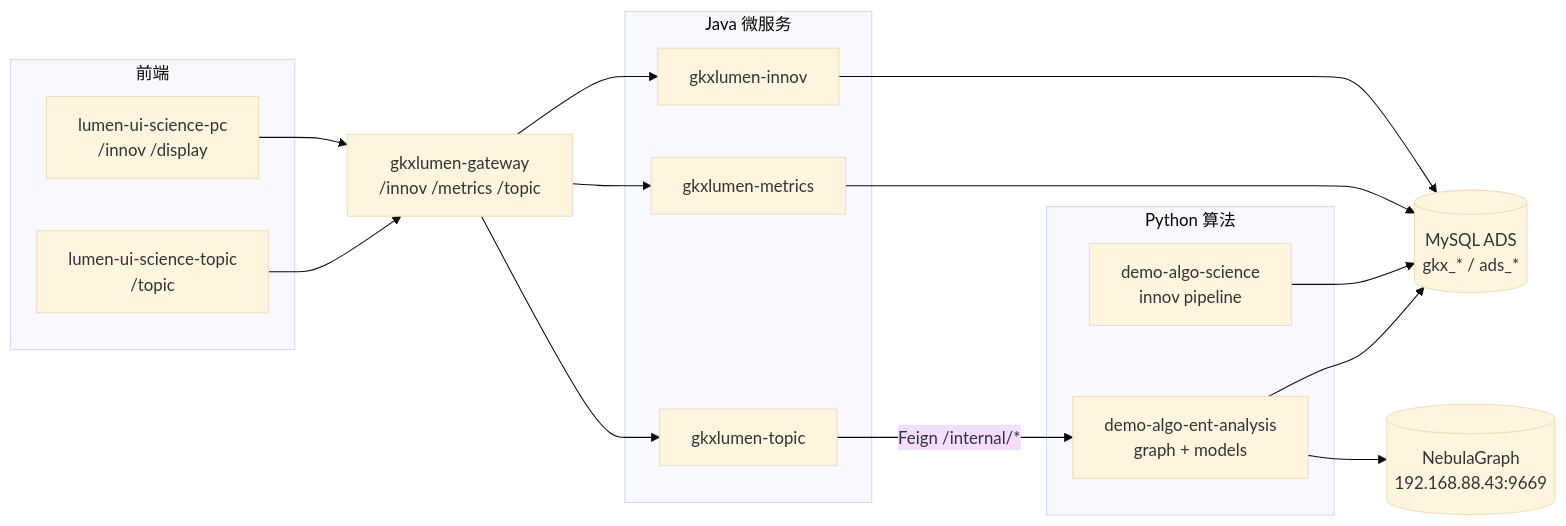
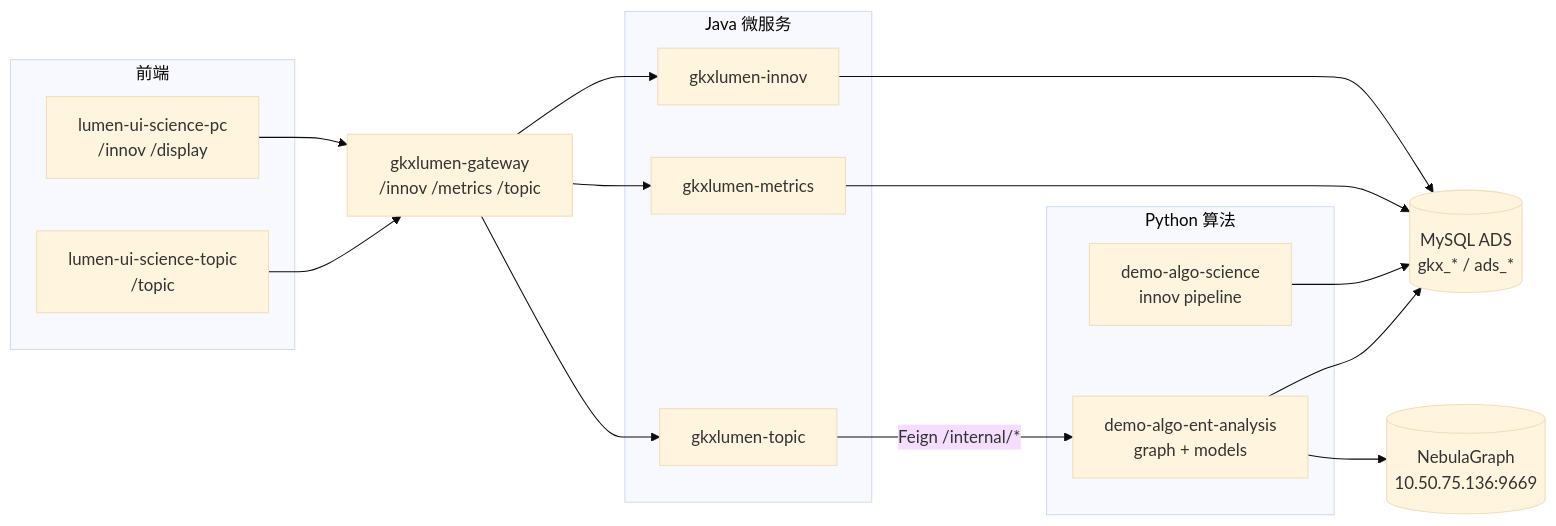
One commit to Marisolebxf/- changed the diagram in agent-delivery/agent-handoffs/平台基建-PLATFORM/E-PLATFORM-P0-signoff.md. Above: the diagram before and after it, drawn with Mermaid (base theme). The commit also changed other lines of this file and 232 other files, not shown here.

````diff
--- a/agent-delivery/agent-handoffs/平台基建-PLATFORM/E-PLATFORM-P0-signoff.md
+++ b/agent-delivery/agent-handoffs/平台基建-PLATFORM/E-PLATFORM-P0-signoff.md
@@ -47,29 +47,29 @@
 ```mermaid
 flowchart LR
   subgraph FE["前端"]
     PC["lumen-ui-science-pc<br/>/innov /display"]
     TOPIC["lumen-ui-science-topic<br/>/topic"]
   end
   GW["gkxlumen-gateway<br/>/innov /metrics /topic"]
   subgraph JAVA["Java 微服务"]
     INNOV["gkxlumen-innov"]
     MET["gkxlumen-metrics"]
     TOP["gkxlumen-topic"]
   end
   subgraph PY["Python 算法"]
     INNOVPY["demo-algo-science<br/>innov pipeline"]
     ENTPY["demo-algo-ent-analysis<br/>graph + models"]
   end
   ADS[("MySQL ADS<br/>gkx_* / ads_*")]
-  NEB[("NebulaGraph<br/>192.168.88.43:9669")]
+  NEB[("NebulaGraph<br/>10.50.75.136:9669")]
 
   PC --> GW
   TOPIC --> GW
   GW --> INNOV & MET & TOP
   INNOV --> ADS
   MET --> ADS
   TOP -->|Feign /internal/*| ENTPY
   INNOVPY --> ADS
   ENTPY --> ADS
   ENTPY --> NEB
 ```
````
